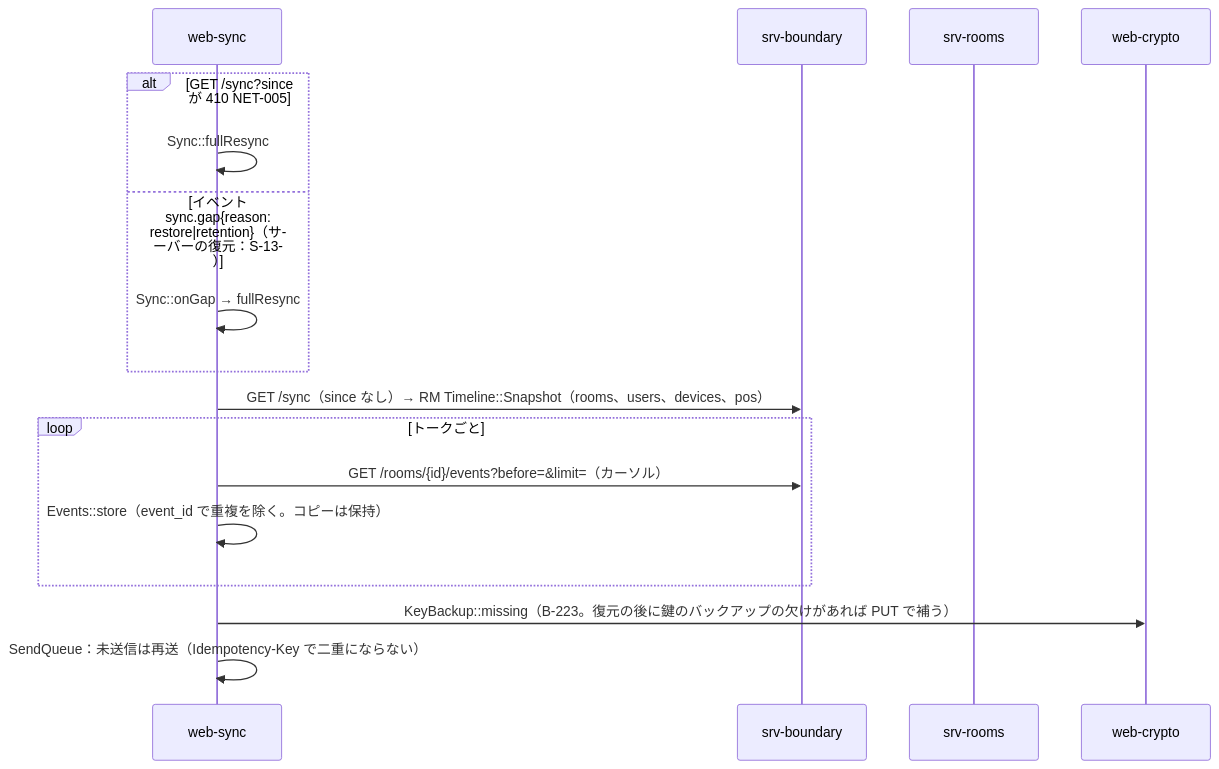
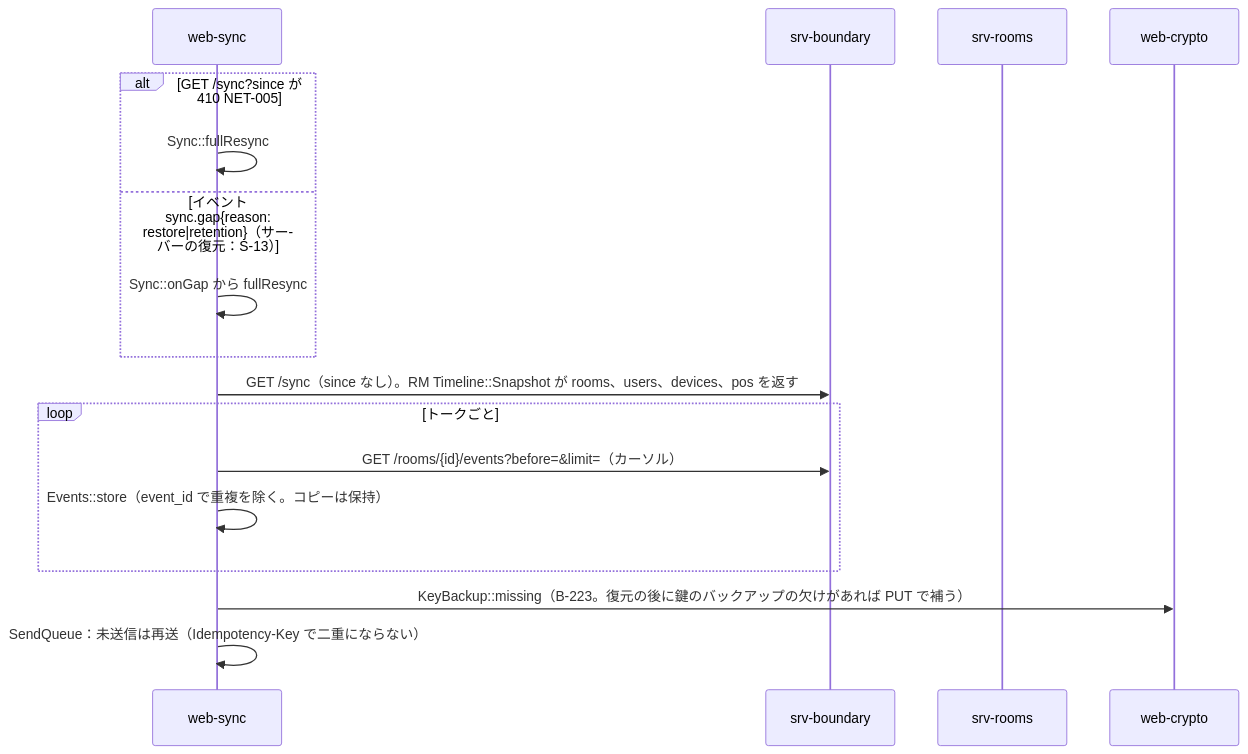
The fourth of 5 diagrams in dev/docs/jp/シーケンス/09_同期と再接続.md (nrsd-ishikawasou/family-talk-pwa), drawn with Mermaid before and after one commit. The commit also changed other lines of this file and 290 other files, not shown here.

````diff
--- a/dev/docs/jp/シーケンス/09_同期と再接続.md
+++ b/dev/docs/jp/シーケンス/09_同期と再接続.md
@@ -95,19 +105,19 @@
 ```mermaid
 sequenceDiagram
   participant WS as web-sync
   participant BD as srv-boundary
   participant RM as srv-rooms
   participant WX as web-crypto
   alt GET /sync?since が 410 NET-005
     WS->>WS: Sync::fullResync
   else イベント sync.gap{reason: restore|retention}（サーバーの復元：S-13）
-    WS->>WS: Sync::onGap → fullResync
+    WS->>WS: Sync::onGap から fullResync
   end
-  WS->>BD: GET /sync（since なし）→ RM Timeline::Snapshot（rooms、users、devices、pos）
+  WS->>BD: GET /sync（since なし）。RM Timeline::Snapshot が rooms、users、devices、pos を返す
   loop トークごと
     WS->>BD: GET /rooms/{id}/events?before=&limit=（カーソル）
     WS->>WS: Events::store（event_id で重複を除く。コピーは保持）
   end
   WS->>WX: KeyBackup::missing（B-223。復元の後に鍵のバックアップの欠けがあれば PUT で補う）
   WS->>WS: SendQueue：未送信は再送（Idempotency-Key で二重にならない）
 ```
````
